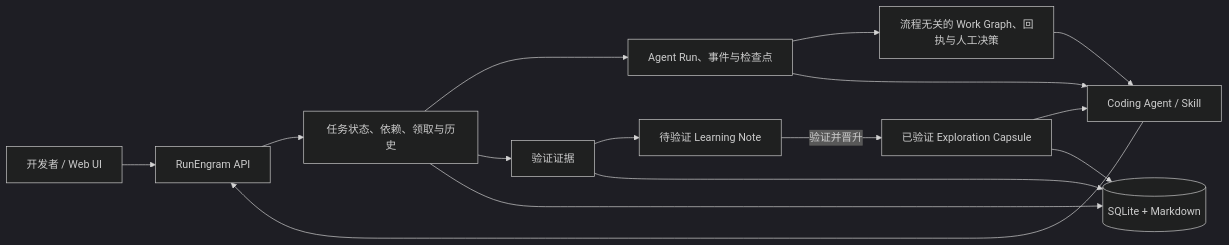
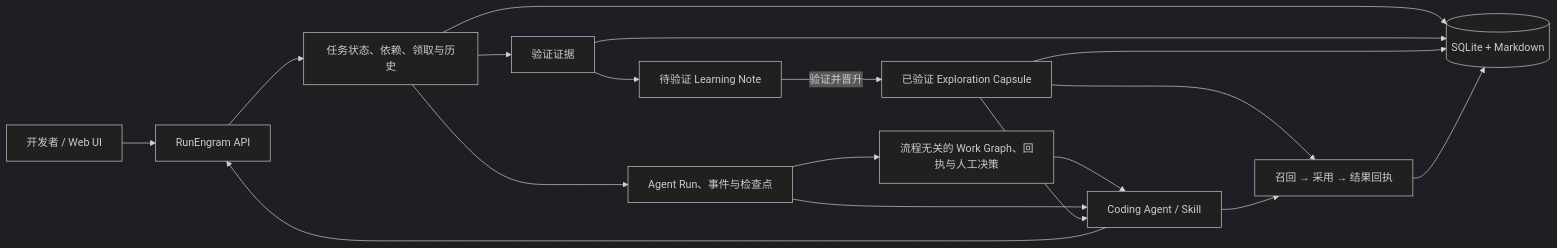
The fourth of 4 diagrams in README.zh-CN.md (MoonTseng/RunEngram), drawn with Mermaid (dark theme) before and after one commit. The commit also changed other lines of this file and 6 other files, not shown here.

````diff
--- a/README.zh-CN.md
+++ b/README.zh-CN.md
@@ -432,28 +471,32 @@
 ```mermaid
 flowchart LR
     Human["开发者 / Web UI"]
     Agent["Coding Agent / Skill"]
     API["RunEngram API"]
     Task["任务状态、依赖、领取与历史"]
     Run["Agent Run、事件与检查点"]
     Graph["流程无关的 Work Graph、回执与人工决策"]
     Evidence["验证证据"]
     Candidate["待验证 Learning Note"]
     Learning["已验证 Exploration Capsule"]
+    Impact["召回 → 采用 → 结果回执"]
     Store[("SQLite + Markdown")]
 
     Human --> API
     Agent --> API
     API --> Task
     Task --> Run
     Run --> Graph
     Graph --> Agent
     Run --> Agent
     Task --> Evidence
     Evidence --> Candidate
     Candidate -->|"验证并晋升"| Learning
     Learning --> Agent
+    Learning --> Impact
+    Agent --> Impact
     Task --> Store
     Evidence --> Store
     Learning --> Store
+    Impact --> Store
 ```
````
